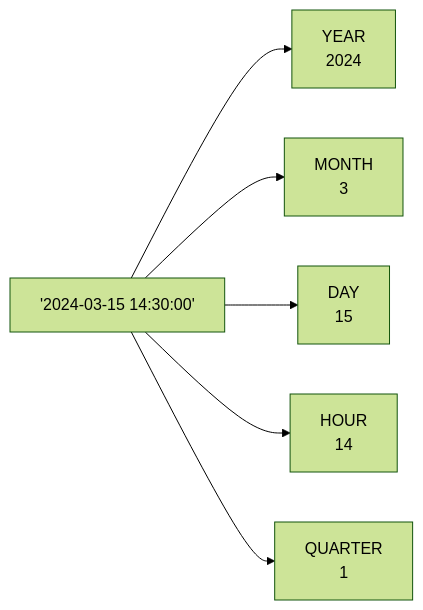
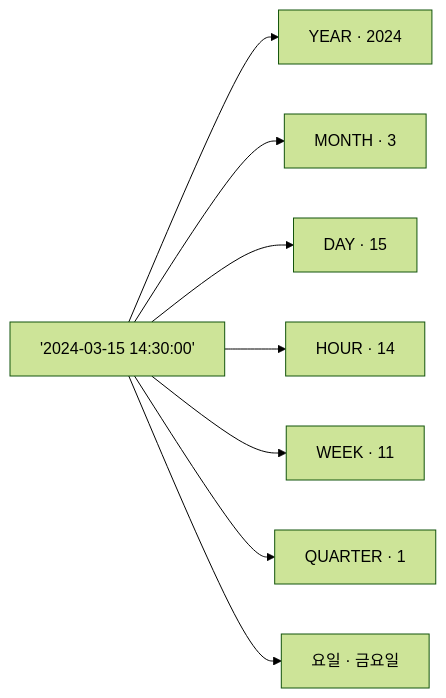
The diagram in docs/ko/intermediate/11-datetime.md (civilian7/sql-tutorial), drawn with Mermaid (forest theme) before and after one commit. The commit also changed other lines of this file and 12 other files, not shown here.

First line of the commit message:
Standardize exercises to 10+, add missing topics, improve JOIN diagrams

````diff
--- a/docs/ko/intermediate/11-datetime.md
+++ b/docs/ko/intermediate/11-datetime.md
@@ -12,8 +12,10 @@
 ```mermaid
 flowchart LR
-    D["'2024-03-15 14:30:00'"] --> Y["YEAR\n2024"]
-    D --> M["MONTH\n3"]
-    D --> DOM["DAY\n15"]
-    D --> H["HOUR\n14"]
-    D --> Q["QUARTER\n1"]
+    D["'2024-03-15 14:30:00'"] --> Y["YEAR · 2024"]
+    D --> M["MONTH · 3"]
+    D --> DOM["DAY · 15"]
+    D --> H["HOUR · 14"]
+    D --> W["WEEK · 11"]
+    D --> Q["QUARTER · 1"]
+    D --> DOW["요일 · 금요일"]
 ```
````
